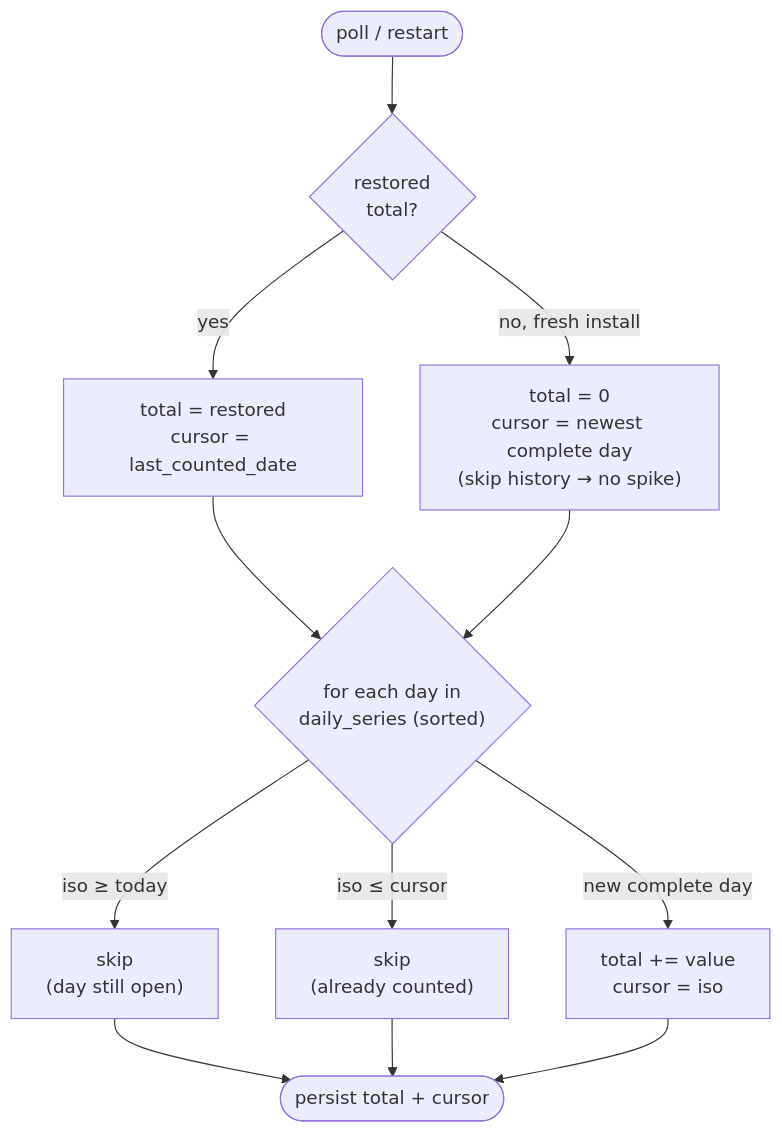
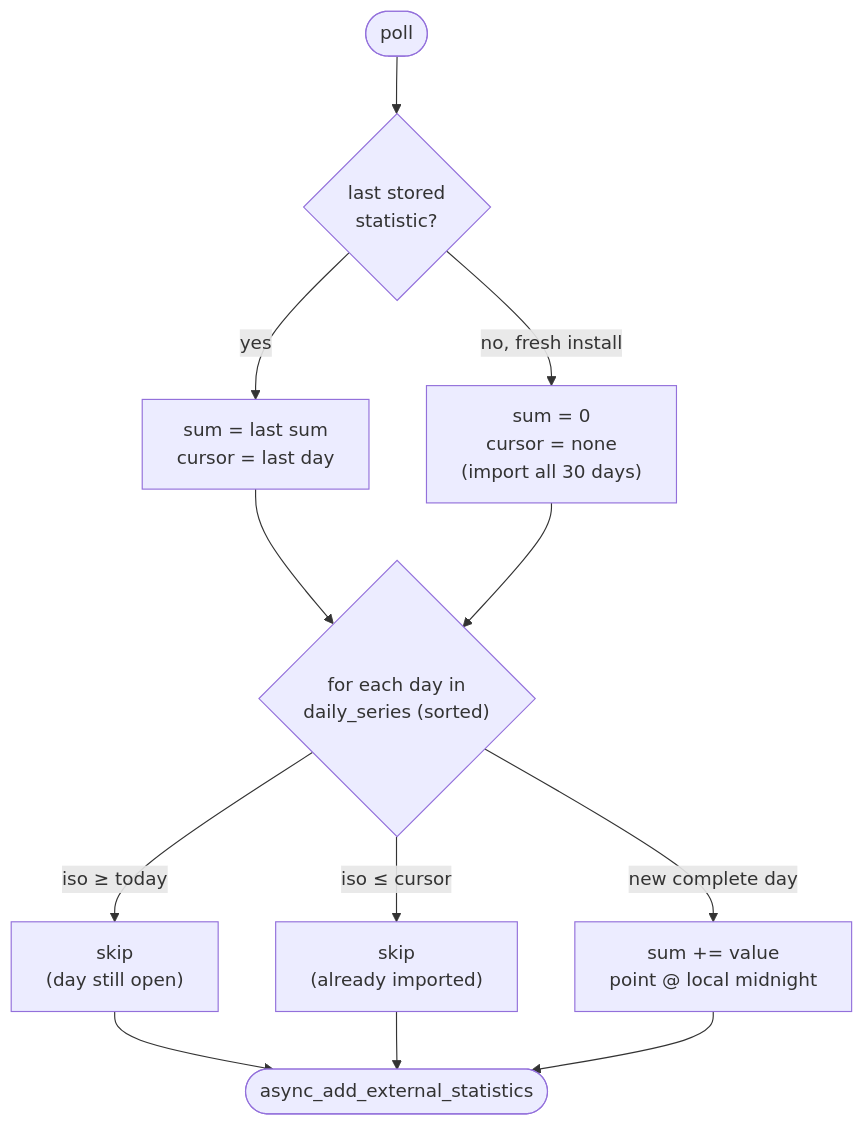
Before and after one commit to JoaoPedroBelo/waterbeep-ha: the third of 3 diagrams in custom_components/waterbeep/docs/API.md, drawn with Mermaid. The commit also changed other lines of this file and 11 other files, not shown here.

````diff
--- a/custom_components/waterbeep/docs/API.md
+++ b/custom_components/waterbeep/docs/API.md
@@ -110,14 +117,14 @@
 ```mermaid
 flowchart TD
-    START([poll / restart]) --> R{restored<br/>total?}
-    R -->|yes| USE["total = restored<br/>cursor = last_counted_date"]
-    R -->|no, fresh install| SEED["total = 0<br/>cursor = newest complete day<br/>(skip history → no spike)"]
-    USE --> LOOP
+    START([poll]) --> LAST{last stored<br/>statistic?}
+    LAST -->|yes| CONT["sum = last sum<br/>cursor = last day"]
+    LAST -->|no, fresh install| SEED["sum = 0<br/>cursor = none<br/>(import all 30 days)"]
+    CONT --> LOOP
     SEED --> LOOP
     LOOP{"for each day in<br/>daily_series (sorted)"} -->|"iso ≥ today"| SKIP1["skip<br/>(day still open)"]
-    LOOP -->|"iso ≤ cursor"| SKIP2["skip<br/>(already counted)"]
-    LOOP -->|new complete day| ADD["total += value<br/>cursor = iso"]
+    LOOP -->|"iso ≤ cursor"| SKIP2["skip<br/>(already imported)"]
+    LOOP -->|new complete day| ADD["sum += value<br/>point @ local midnight"]
     SKIP1 --> DONE
     SKIP2 --> DONE
-    ADD --> DONE([persist total + cursor])
+    ADD --> DONE([async_add_external_statistics])
 ```
````
